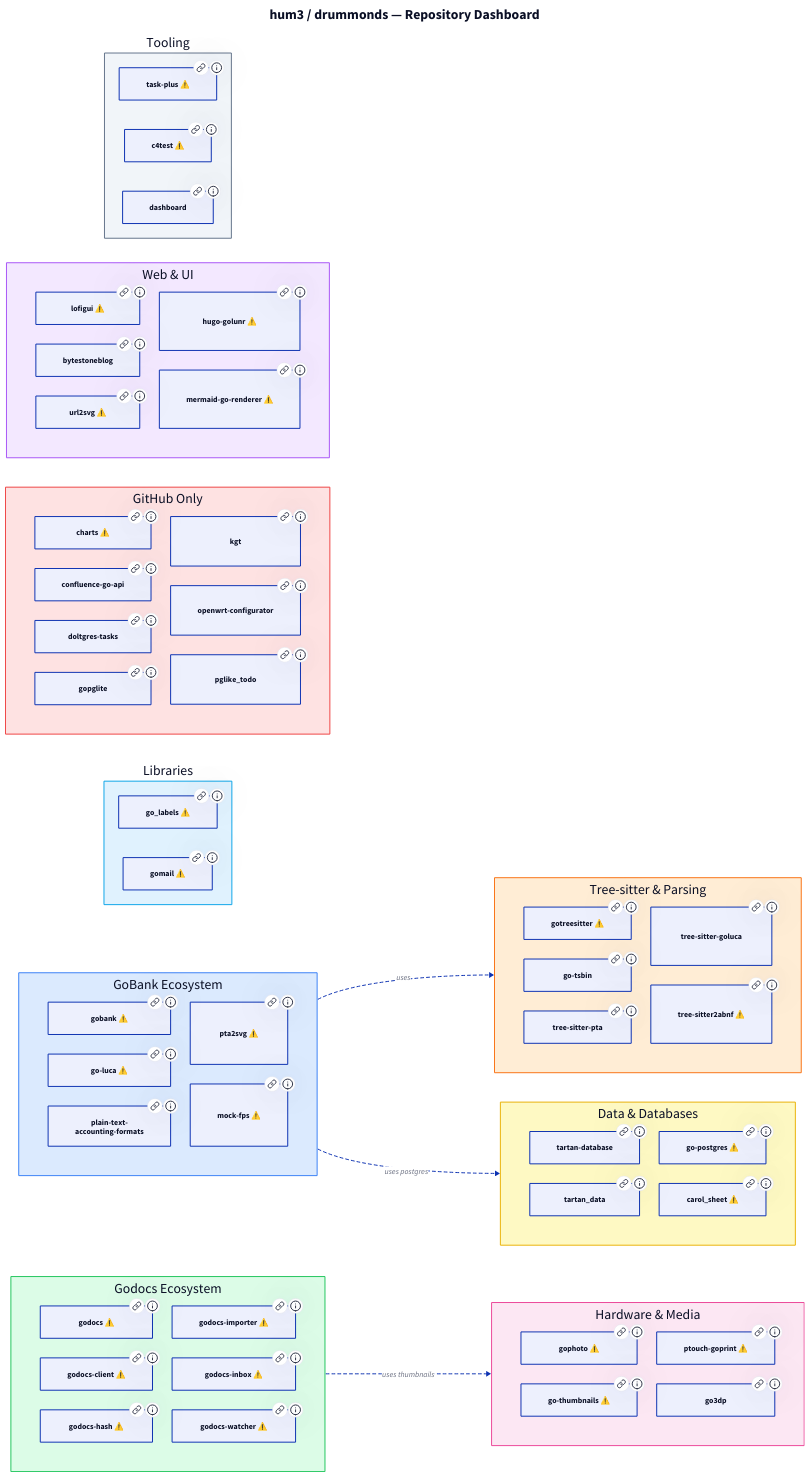
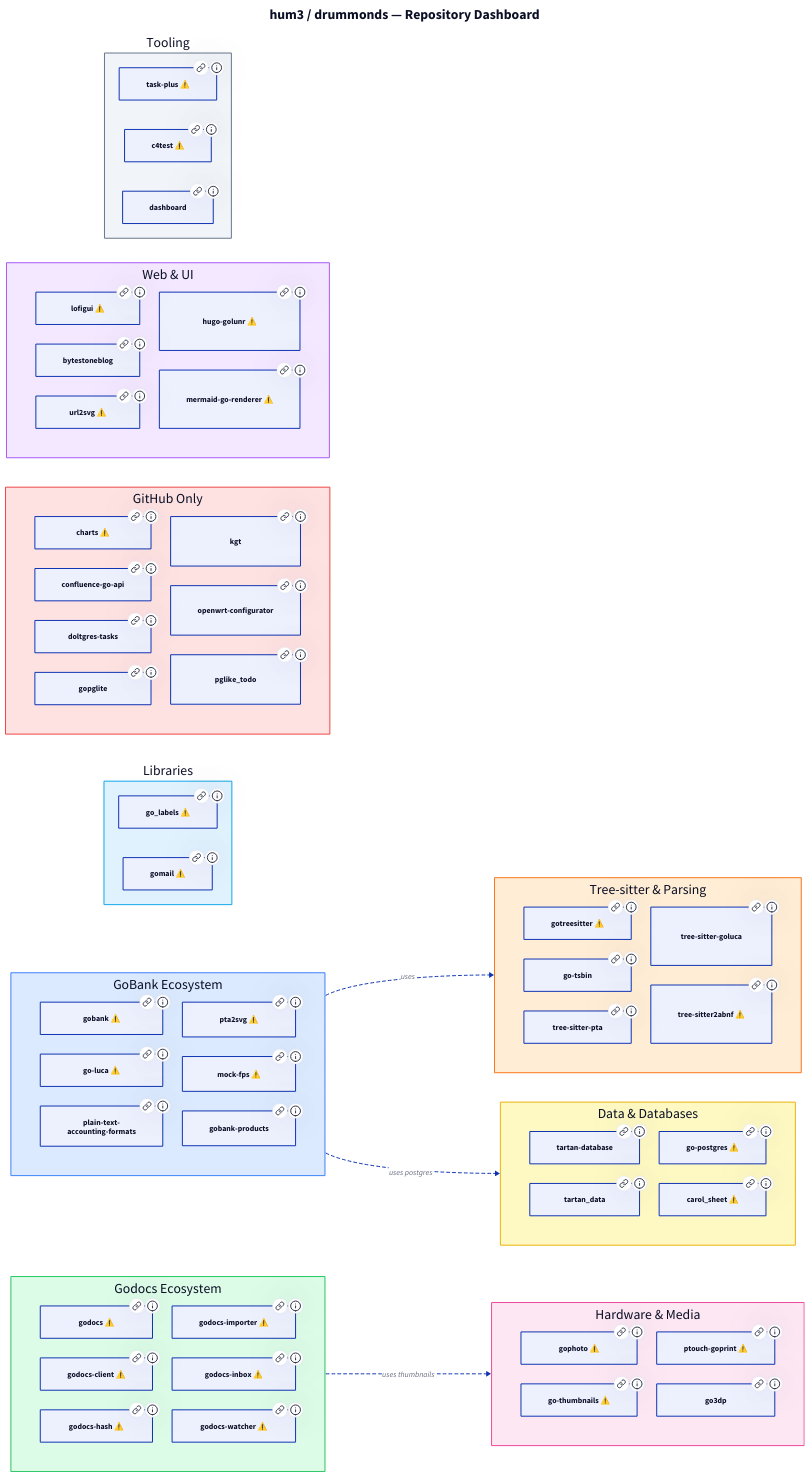
The diagram in dashboard.d2 (drummonds/dashboard), drawn with D2 before and after one commit. The commit also changed 4 other files, not shown here.

```diff
--- a/dashboard.d2
+++ b/dashboard.d2
@@ -31,6 +31,10 @@
   mfps: "mock-fps ⚠️" {
     link: "#mock-fps"
     tooltip: "Mock FPS for testing"
+  }
+  gbp: gobank-products {
+    link: "#gobank-products"
+    tooltip: "Generic banking products with testable features"
   }
 }
 
```
